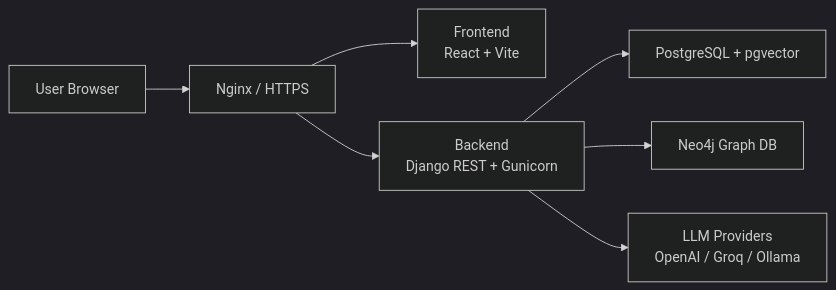
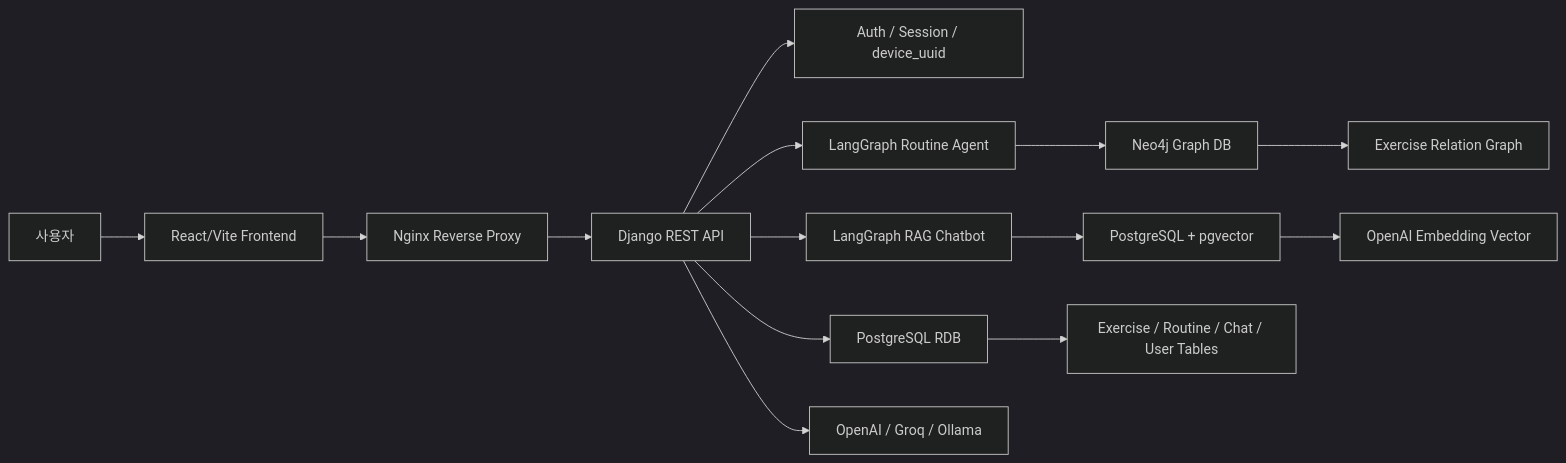
One commit to EJ-pro/SKN27-4th-4team changed the first of 8 diagrams in README.md. Above: the diagram before and after it, drawn with Mermaid (dark theme). The commit also changed other lines of this file and 6 other files, not shown here.

````diff
--- a/README.md
+++ b/README.md
@@ -65,9 +126,20 @@
 ```mermaid
 flowchart LR
-    U["User Browser"] --> N["Nginx / HTTPS"]
-    N --> F["Frontend<br/>React + Vite"]
-    N --> B["Backend<br/>Django REST + Gunicorn"]
-    B --> P["PostgreSQL + pgvector"]
-    B --> G["Neo4j Graph DB"]
-    B --> L["LLM Providers<br/>OpenAI / Groq / Ollama"]
+    User["사용자"] --> Browser["React/Vite Frontend"]
+    Browser --> Nginx["Nginx Reverse Proxy"]
+    Nginx --> Django["Django REST API"]
+
+    Django --> Auth["Auth / Session / device_uuid"]
+    Django --> Routine["LangGraph Routine Agent"]
+    Django --> Chatbot["LangGraph RAG Chatbot"]
+
+    Routine --> Neo4j["Neo4j Graph DB"]
+    Chatbot --> PGVector["PostgreSQL + pgvector"]
+    Django --> Postgres["PostgreSQL RDB"]
+
+    Postgres --> Data["Exercise / Routine / Chat / User Tables"]
+    Neo4j --> GraphData["Exercise Relation Graph"]
+    PGVector --> Embedding["OpenAI Embedding Vector"]
+
+    Django --> LLM["OpenAI / Groq / Ollama"]
 ```
````
